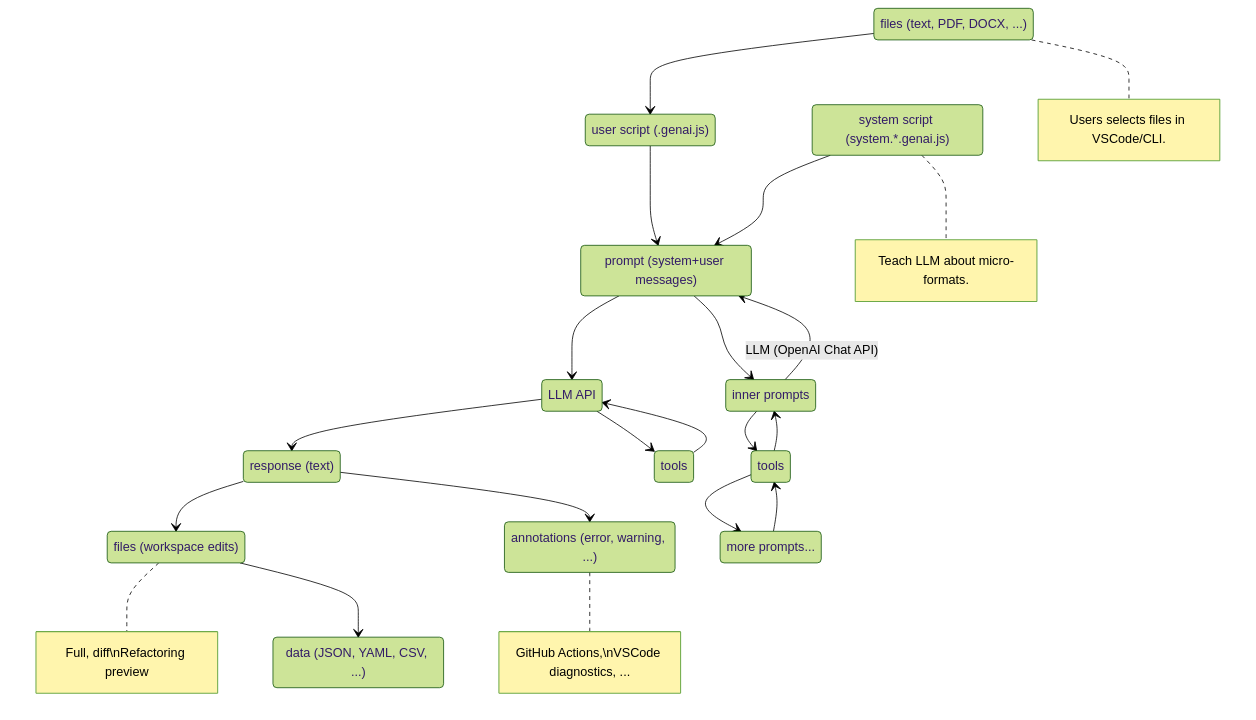
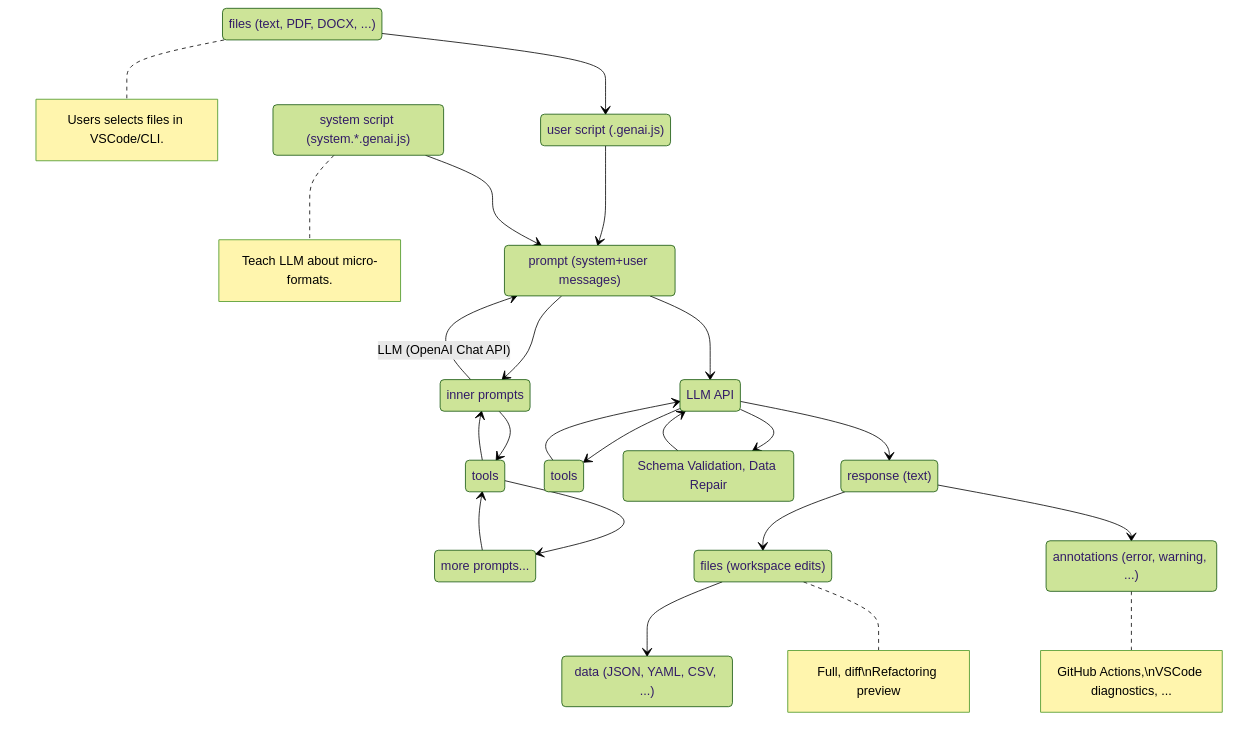
One commit to microsoft/genaiscript changed the diagram in slides/pages/script-pipeline.md. Above: the diagram before and after it, drawn with Mermaid (forest theme). The commit also changed 6 other files, not shown here.

````diff
--- a/slides/pages/script-pipeline.md
+++ b/slides/pages/script-pipeline.md
@@ -1,35 +1,38 @@
-```mermaid { scale: 0.6 }
+```mermaid { scale: 0.5 }
 stateDiagram
     context: files (text, PDF, DOCX, ...)
     script : user script (.genai.js)
     prompt : prompt (system+user messages)
     system: system script (system.*.genai.js)
     context --> script
     note right of context : Users selects files in VSCode/CLI.
     script --> prompt
     system --> prompt
     note right of system: Teach LLM about micro-formats.
     prompt --> api
     api --> response
     api: LLM API
     api --> tools
-    tools --> api    
+    tools --> api
+    api --> validation
+    validation: Schema Validation, Data Repair
+    validation --> api
     prompt --> run_prompt
     run_prompt --> prompt : LLM (OpenAI Chat API)
     run_prompt: inner prompts
     run_prompt --> inner_tools
     inner_tools --> run_prompt
     inner_tools: tools
     inner_tools --> inner2_prompts
     inner2_prompts --> inner_tools
     inner2_prompts: more prompts...
     response: response (text)
     files: files (workspace edits)
     data: data (JSON, YAML, CSV, ...)
     annotations: annotations (error, warning, ...)
     note right of files: Full, diff\nRefactoring preview
     note right of annotations: GitHub Actions,\nVSCode diagnostics, ...
     response --> files
     files --> data
     response --> annotations
 ```
````
